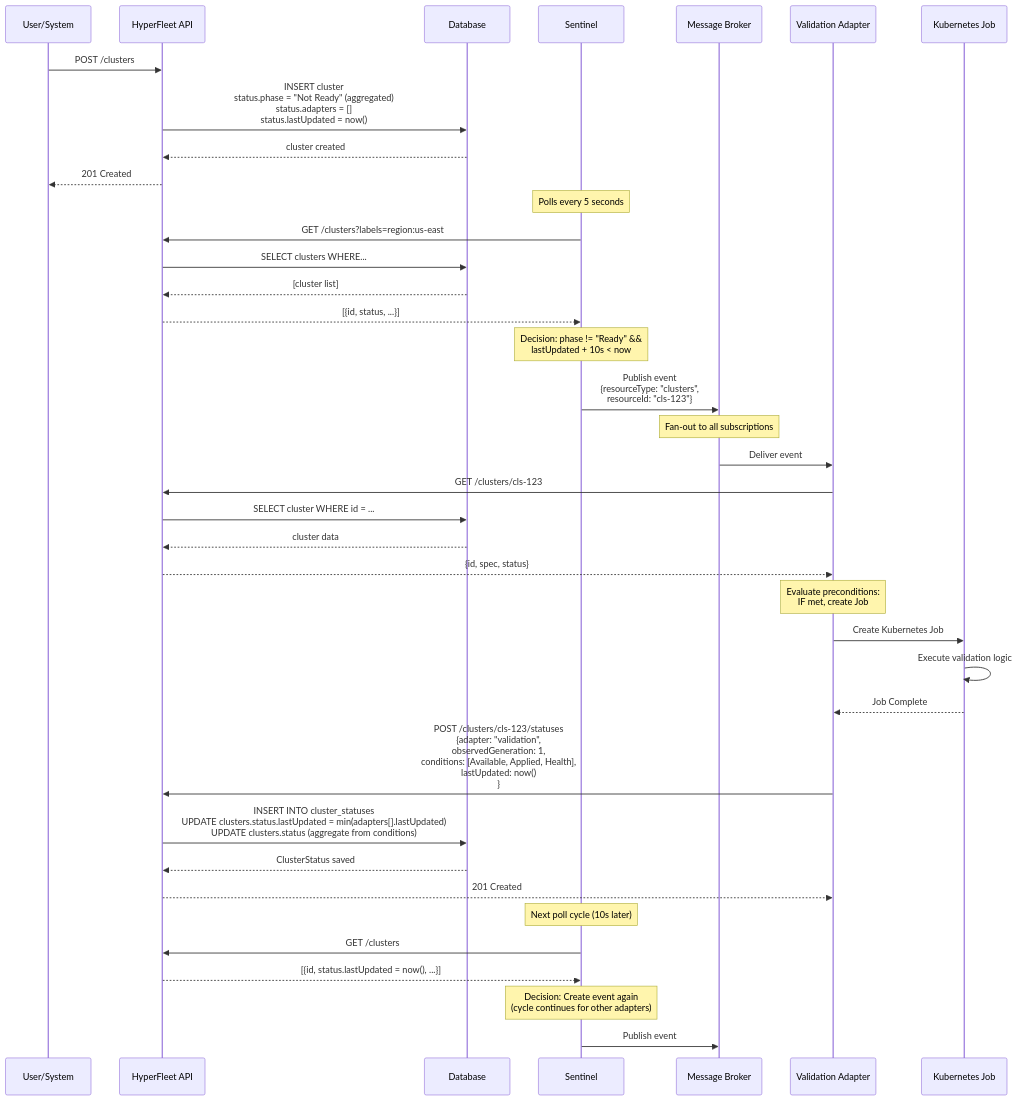
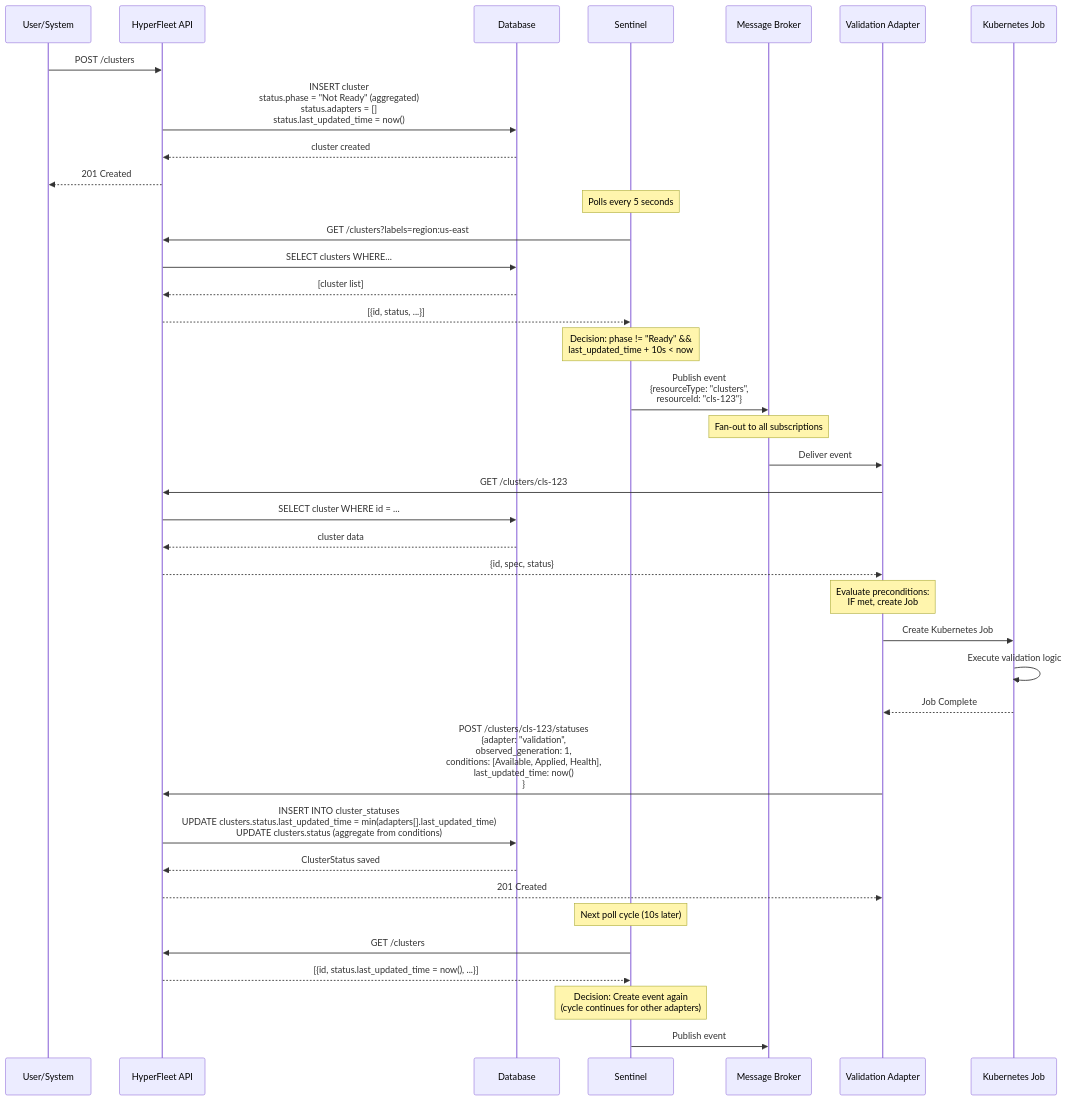
The second of 3 diagrams in hyperfleet/architecture/architecture-summary.md (rafabene/hyperfleet-architecture), drawn with Mermaid before and after one commit. The commit also changed other lines of this file and 7 other files, not shown here.

First line of the commit message:
Fix API Payload Field Naming Inconsistencies in Architecture Documentation

````diff
--- a/hyperfleet/architecture/architecture-summary.md
+++ b/hyperfleet/architecture/architecture-summary.md
@@ -512,54 +512,54 @@
 ```mermaid
 sequenceDiagram
     participant User as User/System
     participant API as HyperFleet API
     participant DB as Database
     participant Sentinel as Sentinel
     participant Broker as Message Broker
     participant Adapter as Validation Adapter
     participant Job as Kubernetes Job
 
     User->>API: POST /clusters
-    API->>DB: INSERT cluster<br/>status.phase = "Not Ready" (aggregated)<br/>status.adapters = []<br/>status.lastUpdated = now()
+    API->>DB: INSERT cluster<br/>status.phase = "Not Ready" (aggregated)<br/>status.adapters = []<br/>status.last_updated_time = now()
     DB-->>API: cluster created
     API-->>User: 201 Created
 
     Note over Sentinel: Polls every 5 seconds
 
     Sentinel->>API: GET /clusters?labels=region:us-east
     API->>DB: SELECT clusters WHERE...
     DB-->>API: [cluster list]
     API-->>Sentinel: [{id, status, ...}]
 
-    Note over Sentinel: Decision: phase != "Ready" &&<br/>lastUpdated + 10s < now
+    Note over Sentinel: Decision: phase != "Ready" &&<br/>last_updated_time + 10s < now
 
     Sentinel->>Broker: Publish event<br/>{resourceType: "clusters",<br/>resourceId: "cls-123"}
 
     Note over Broker: Fan-out to all subscriptions
 
     Broker->>Adapter: Deliver event
     Adapter->>API: GET /clusters/cls-123
     API->>DB: SELECT cluster WHERE id = ...
     DB-->>API: cluster data
     API-->>Adapter: {id, spec, status}
 
     Note over Adapter: Evaluate preconditions:<br/>IF met, create Job
 
     Adapter->>Job: Create Kubernetes Job
     Job->>Job: Execute validation logic
     Job-->>Adapter: Job Complete
 
-    Adapter->>API: POST /clusters/cls-123/statuses<br/>{adapter: "validation",<br/>observedGeneration: 1,<br/>conditions: [Available, Applied, Health],<br/>lastUpdated: now()<br/>}
-    API->>DB: INSERT INTO cluster_statuses<br/>UPDATE clusters.status.lastUpdated = min(adapters[].lastUpdated)<br/>UPDATE clusters.status (aggregate from conditions)
+    Adapter->>API: POST /clusters/cls-123/statuses<br/>{adapter: "validation",<br/>observed_generation: 1,<br/>conditions: [Available, Applied, Health],<br/>last_updated_time: now()<br/>}
+    API->>DB: INSERT INTO cluster_statuses<br/>UPDATE clusters.status.last_updated_time = min(adapters[].last_updated_time)<br/>UPDATE clusters.status (aggregate from conditions)
     DB-->>API: ClusterStatus saved
     API-->>Adapter: 201 Created
 
     Note over Sentinel: Next poll cycle (10s later)
 
     Sentinel->>API: GET /clusters
-    API-->>Sentinel: [{id, status.lastUpdated = now(), ...}]
+    API-->>Sentinel: [{id, status.last_updated_time = now(), ...}]
 
     Note over Sentinel: Decision: Create event again<br/>(cycle continues for other adapters)
 
     Sentinel->>Broker: Publish event
 ```
````
